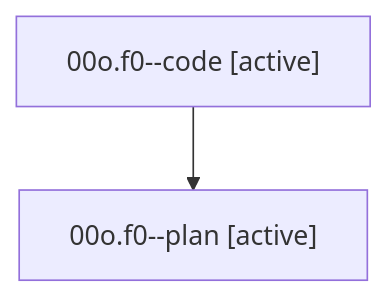
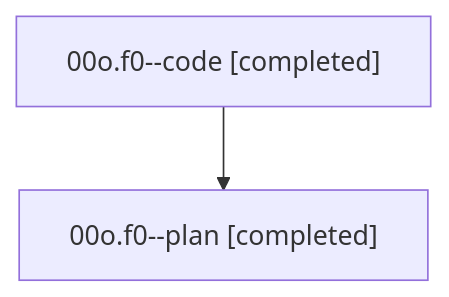
One commit to bobs-org/bob-cli--agents changed the diagram in families/bbugyi200.athena.00o.f0.md. Above: the diagram before and after it, drawn with Mermaid. The commit also changed other lines of this file and 30 other files, not shown here.

````diff
--- a/families/bbugyi200.athena.00o.f0.md
+++ b/families/bbugyi200.athena.00o.f0.md
@@ -9,6 +9,6 @@
 ```mermaid
 flowchart TD
-  n0["00o.f0--code [active]"]
-  n1["00o.f0--plan [active]"]
+  n0["00o.f0--code [completed]"]
+  n1["00o.f0--plan [completed]"]
   n0 --> n1
 ```
````
